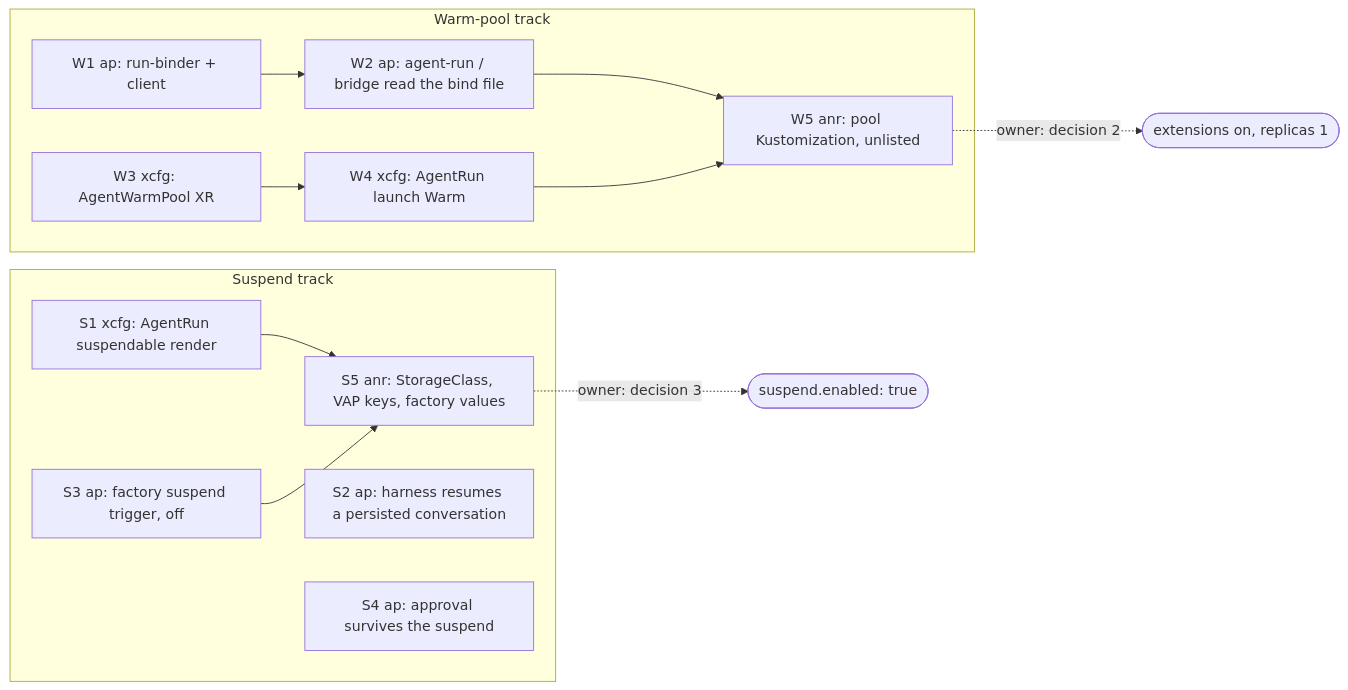
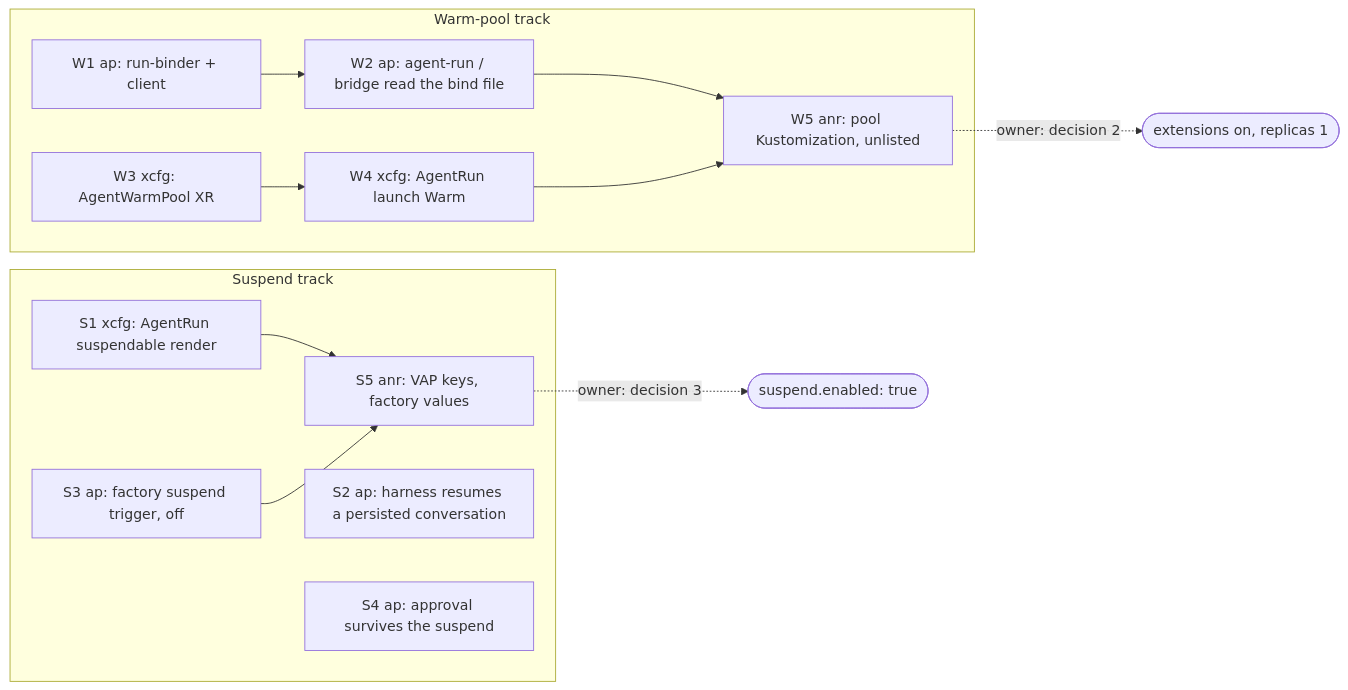
Before and after one commit to Smana/ai-native-ref: the diagram in docs/superpowers/plans/2026-10-16-v2-warm-sandboxes-plan.md, drawn with Mermaid. The commit also changed other lines of this file, not shown here.

Commit message:
docs(plan): the resumed bridge answers the pending call; default storage class; owner questions

````diff
--- a/docs/superpowers/plans/2026-10-16-v2-warm-sandboxes-plan.md
+++ b/docs/superpowers/plans/2026-10-16-v2-warm-sandboxes-plan.md
@@ -63,18 +63,18 @@
 ```mermaid
 flowchart LR
   subgraph suspend[Suspend track]
     S1[S1 xcfg: AgentRun suspendable render] --> S5
     S2[S2 ap: harness resumes a persisted conversation]
     S3[S3 ap: factory suspend trigger, off] --> S5
     S4[S4 ap: approval survives the suspend]
-    S5[S5 anr: StorageClass, VAP keys, factory values]
+    S5[S5 anr: VAP keys, factory values]
   end
   subgraph warm[Warm-pool track]
     W1[W1 ap: run-binder + client] --> W2[W2 ap: agent-run / bridge read the bind file]
     W3[W3 xcfg: AgentWarmPool XR] --> W4[W4 xcfg: AgentRun launch Warm]
     W2 --> W5
     W4 --> W5[W5 anr: pool Kustomization, unlisted]
   end
   S5 -.owner: decision 3.-> on1([suspend.enabled: true])
   W5 -.owner: decision 2.-> on2([extensions on, replicas 1])
 ```
````
